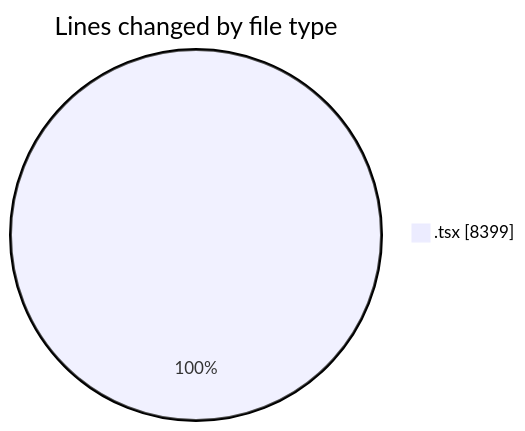
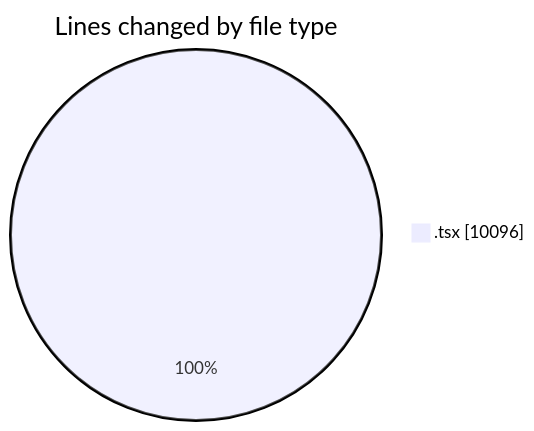
Before and after one commit to momahboobian/code-tracking: the first of 2 diagrams in 2025-12-04/cda/README.md, drawn with Mermaid. The commit also changed other lines of this file and 1 other file, not shown here.

````diff
--- a/2025-12-04/cda/README.md
+++ b/2025-12-04/cda/README.md
@@ -29,5 +29,5 @@
 ```mermaid
 pie showData
 title Lines changed by file type
-".tsx" : 8399
+".tsx" : 10096
 ```
````
